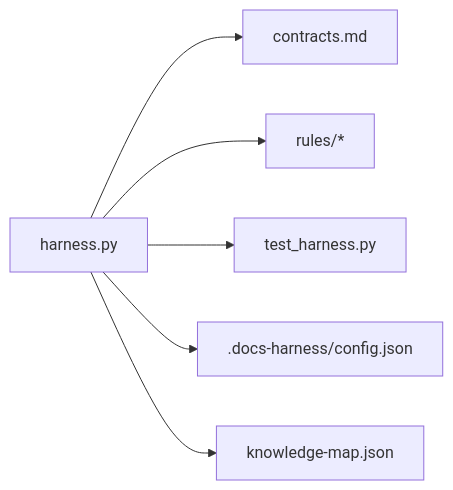
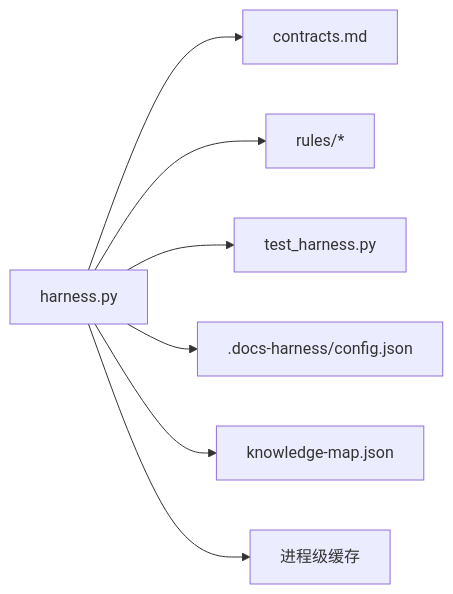
The eighth of 8 diagrams in .qoder/repowiki/zh/content/高级主题/性能优化/性能优化.md (HackSing/docs-harness), drawn with Mermaid before and after one commit. The commit also changed other lines of this file and 45 other files, not shown here.

First line of the commit message:
feat(harness): v1.7.6 按变更面选择验证强度、git_commit 受控意图与关键词 Gate 路由移除

````diff
--- a/.qoder/repowiki/zh/content/高级主题/性能优化/性能优化.md
+++ b/.qoder/repowiki/zh/content/高级主题/性能优化/性能优化.md
@@ -262,8 +314,9 @@
 ```mermaid
 graph LR
 Harness["harness.py"] --> Contracts["contracts.md"]
 Harness --> Rules["rules/*"]
 Harness --> Tests["test_harness.py"]
 Harness --> Config[".docs-harness/config.json"]
 Harness --> Knowledge["knowledge-map.json"]
+Harness --> Cache["进程级缓存"]
 ```
````
